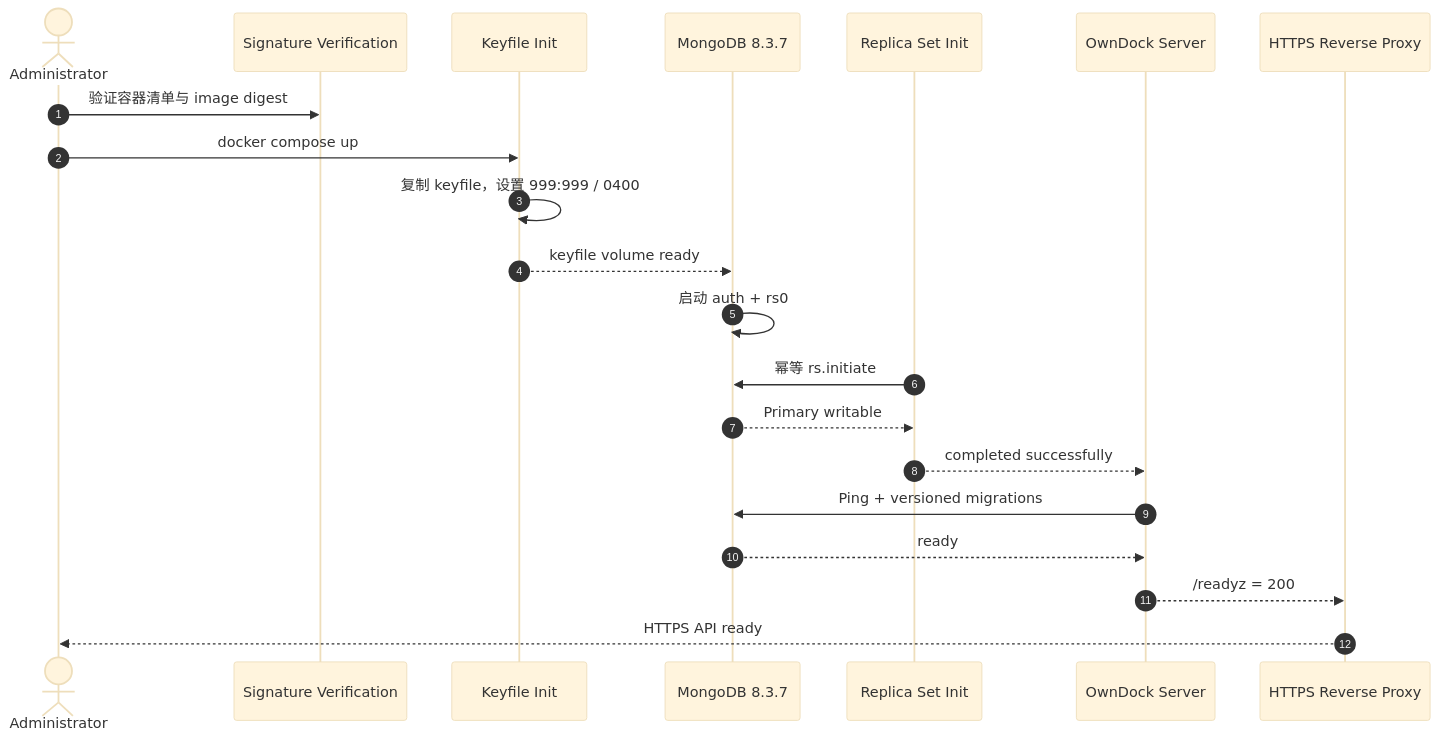
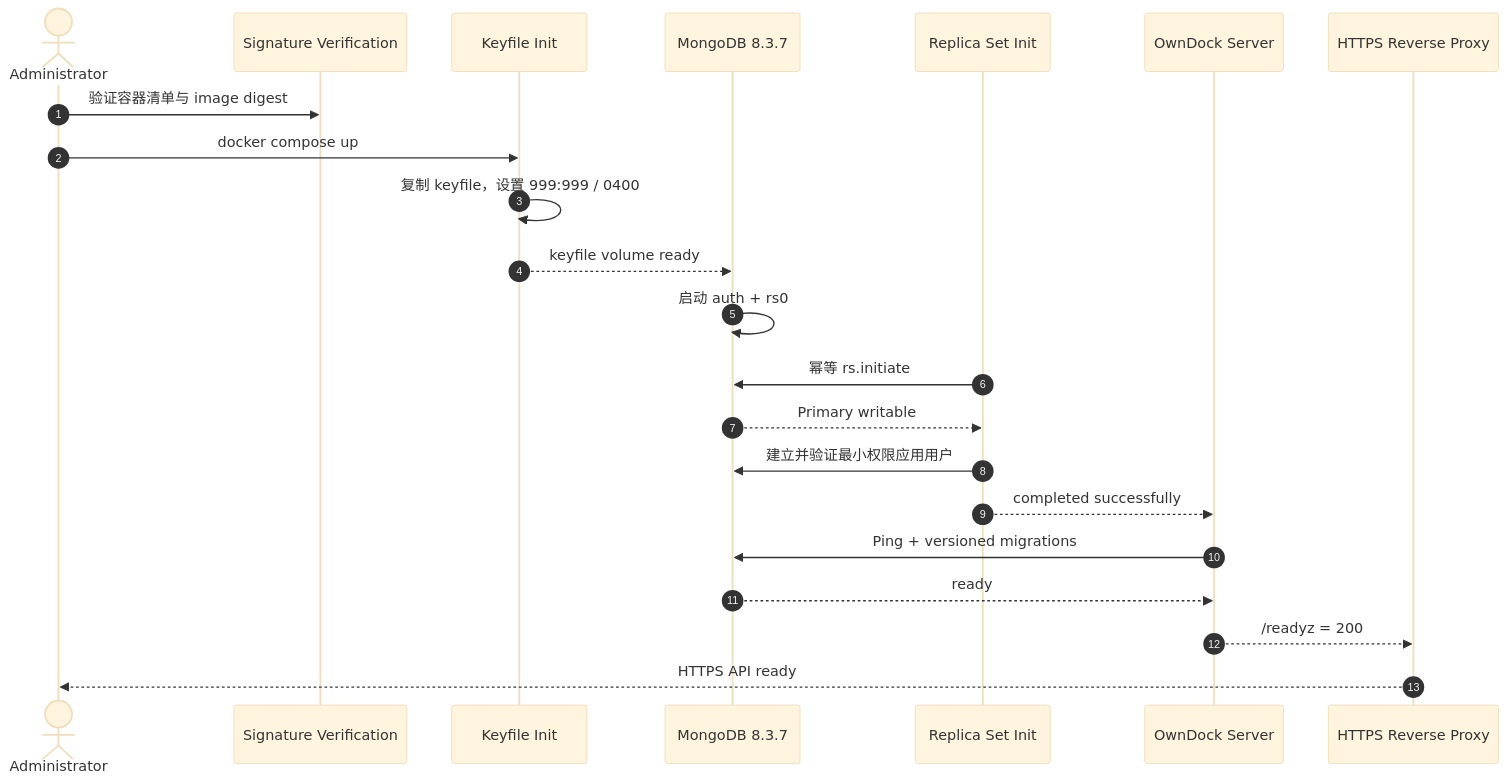
The first of 2 diagrams in docs/community-installation.md (owndock/owndock), drawn with Mermaid (base theme) before and after one commit. The commit also changed other lines of this file and 10 other files, not shown here.

````diff
--- a/docs/community-installation.md
+++ b/docs/community-installation.md
@@ -75,24 +77,25 @@
 ```mermaid
 sequenceDiagram
     autonumber
     actor A as Administrator
     participant V as Signature Verification
     participant K as Keyfile Init
     participant M as MongoDB 8.3.7
     participant I as Replica Set Init
     participant S as OwnDock Server
     participant P as HTTPS Reverse Proxy
 
     A->>V: 验证容器清单与 image digest
     A->>K: docker compose up
     K->>K: 复制 keyfile，设置 999:999 / 0400
     K-->>M: keyfile volume ready
     M->>M: 启动 auth + rs0
     I->>M: 幂等 rs.initiate
     M-->>I: Primary writable
+    I->>M: 建立并验证最小权限应用用户
     I-->>S: completed successfully
     S->>M: Ping + versioned migrations
     M-->>S: ready
     S-->>P: /readyz = 200
     P-->>A: HTTPS API ready
 ```
````
